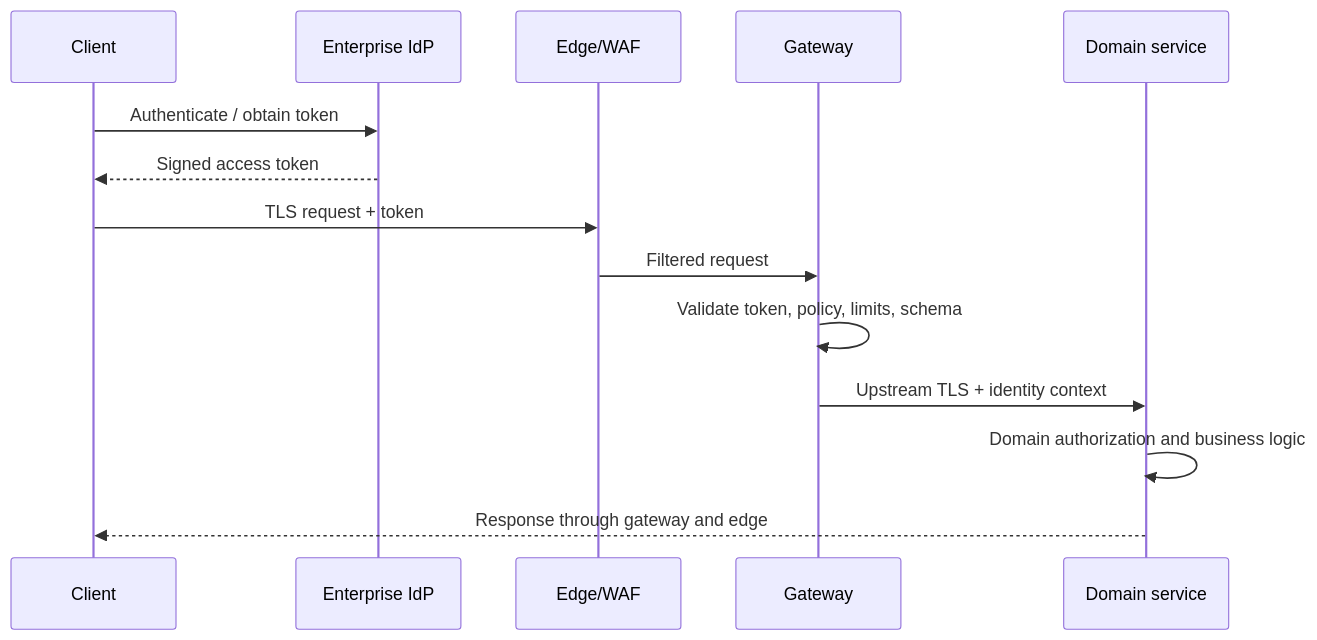
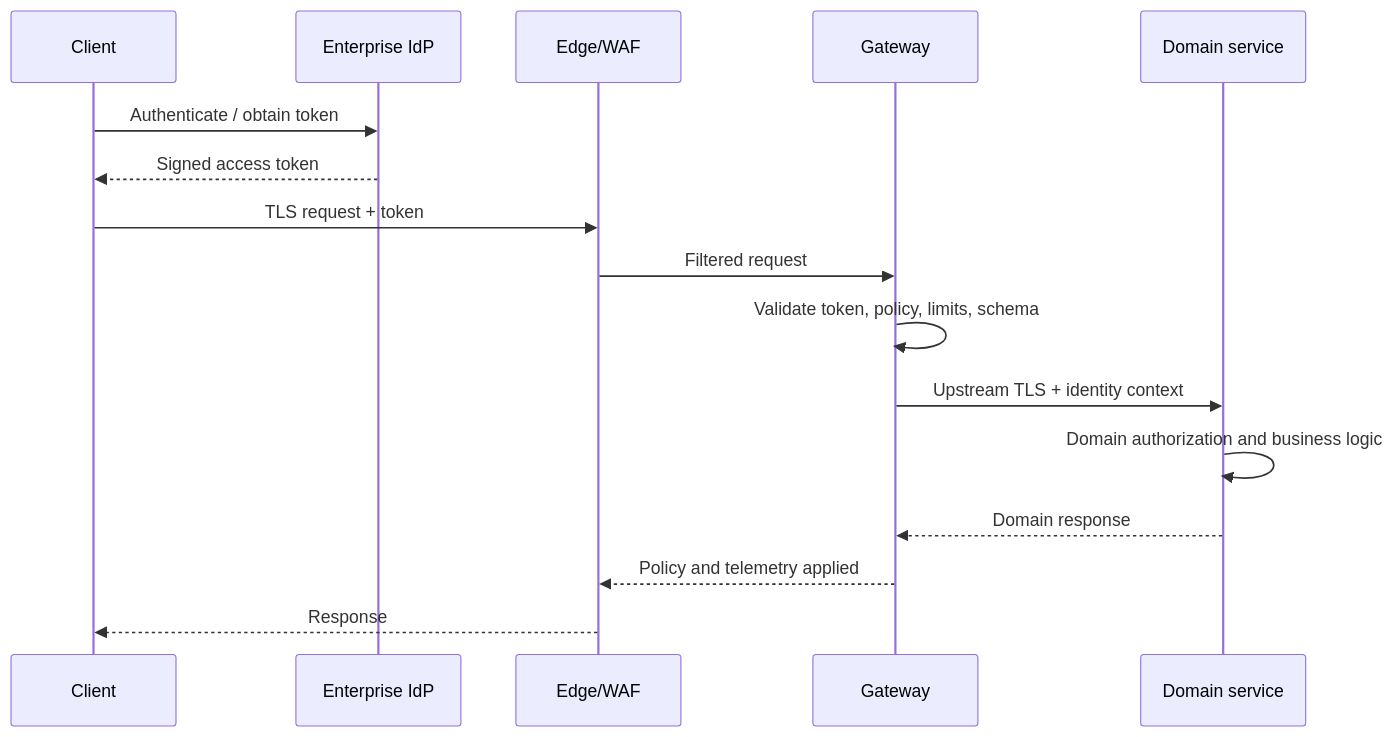
Before and after one commit to tomqwu/apim: the diagram in architecture/diagrams/security-flow.mmd, drawn with Mermaid. The commit also changed 48 other files, not shown here.

```diff
--- a/architecture/diagrams/security-flow.mmd
+++ b/architecture/diagrams/security-flow.mmd
@@ -1,14 +1,16 @@
 sequenceDiagram
   participant C as Client
   participant I as Enterprise IdP
   participant E as Edge/WAF
   participant G as Gateway
   participant S as Domain service
   C->>I: Authenticate / obtain token
   I-->>C: Signed access token
   C->>E: TLS request + token
   E->>G: Filtered request
   G->>G: Validate token, policy, limits, schema
   G->>S: Upstream TLS + identity context
   S->>S: Domain authorization and business logic
-  S-->>C: Response through gateway and edge
+  S-->>G: Domain response
+  G-->>E: Policy and telemetry applied
+  E-->>C: Response
```
